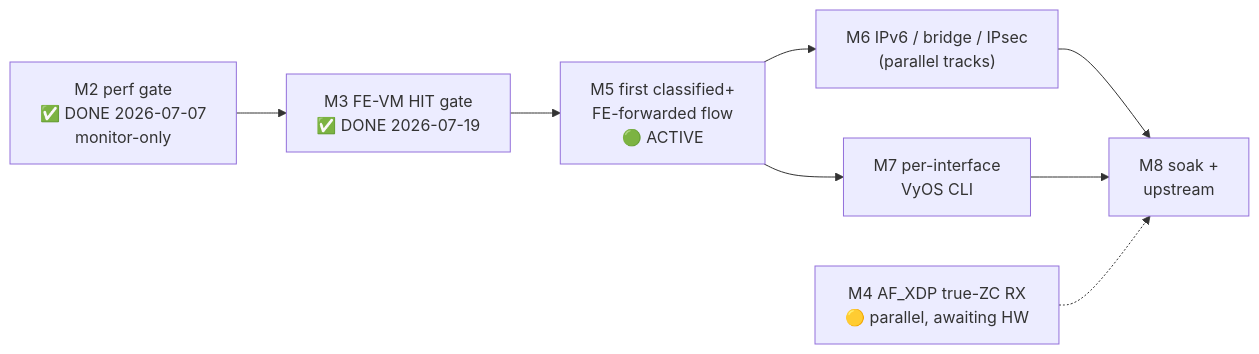
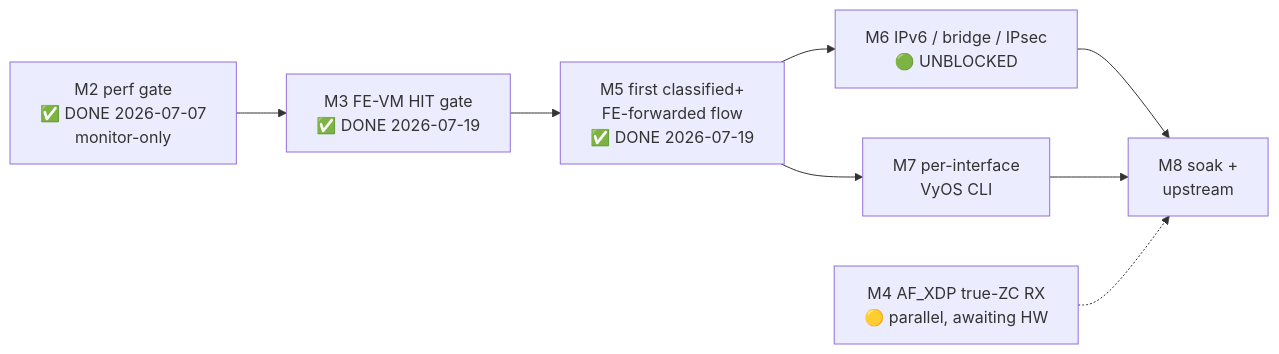
Before and after one commit to Daegara/vyos-ls1046a-build: the diagram in plans/ASK2-MASTER-PLAN.md, drawn with Mermaid. The commit also changed other lines of this file, not shown here.

````diff
--- a/plans/ASK2-MASTER-PLAN.md
+++ b/plans/ASK2-MASTER-PLAN.md
@@ -175,10 +175,10 @@
 ```mermaid
 graph LR
     M2["M2 perf gate<br/>✅ DONE 2026-07-07<br/>monitor-only"] --> M3["M3 FE-VM HIT gate<br/>✅ DONE 2026-07-19"]
-    M3 --> M5["M5 first classified+<br/>FE-forwarded flow<br/>🟢 ACTIVE"]
-    M5 --> M6["M6 IPv6 / bridge / IPsec<br/>(parallel tracks)"]
+    M3 --> M5["M5 first classified+<br/>FE-forwarded flow<br/>✅ DONE 2026-07-19"]
+    M5 --> M6["M6 IPv6 / bridge / IPsec<br/>🟢 UNBLOCKED"]
     M5 --> M7["M7 per-interface<br/>VyOS CLI"]
     M6 --> M8["M8 soak +<br/>upstream"]
     M7 --> M8
     M4["M4 AF_XDP true-ZC RX<br/>🟡 parallel, awaiting HW"] -.-> M8
 ```
````
